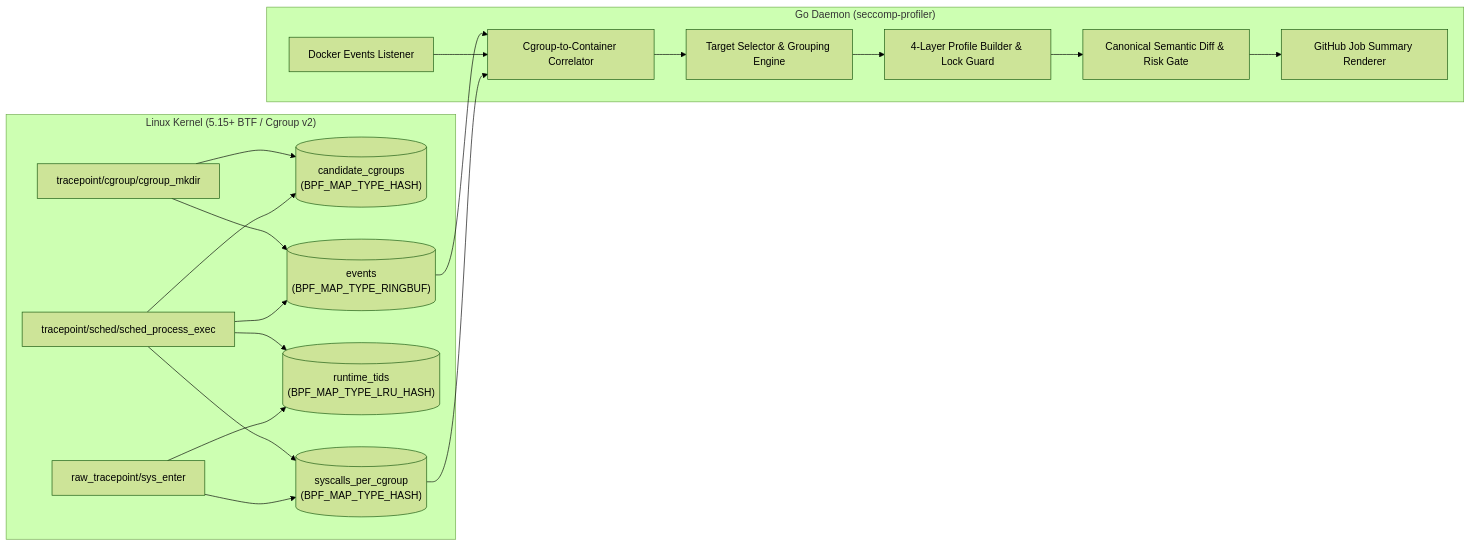
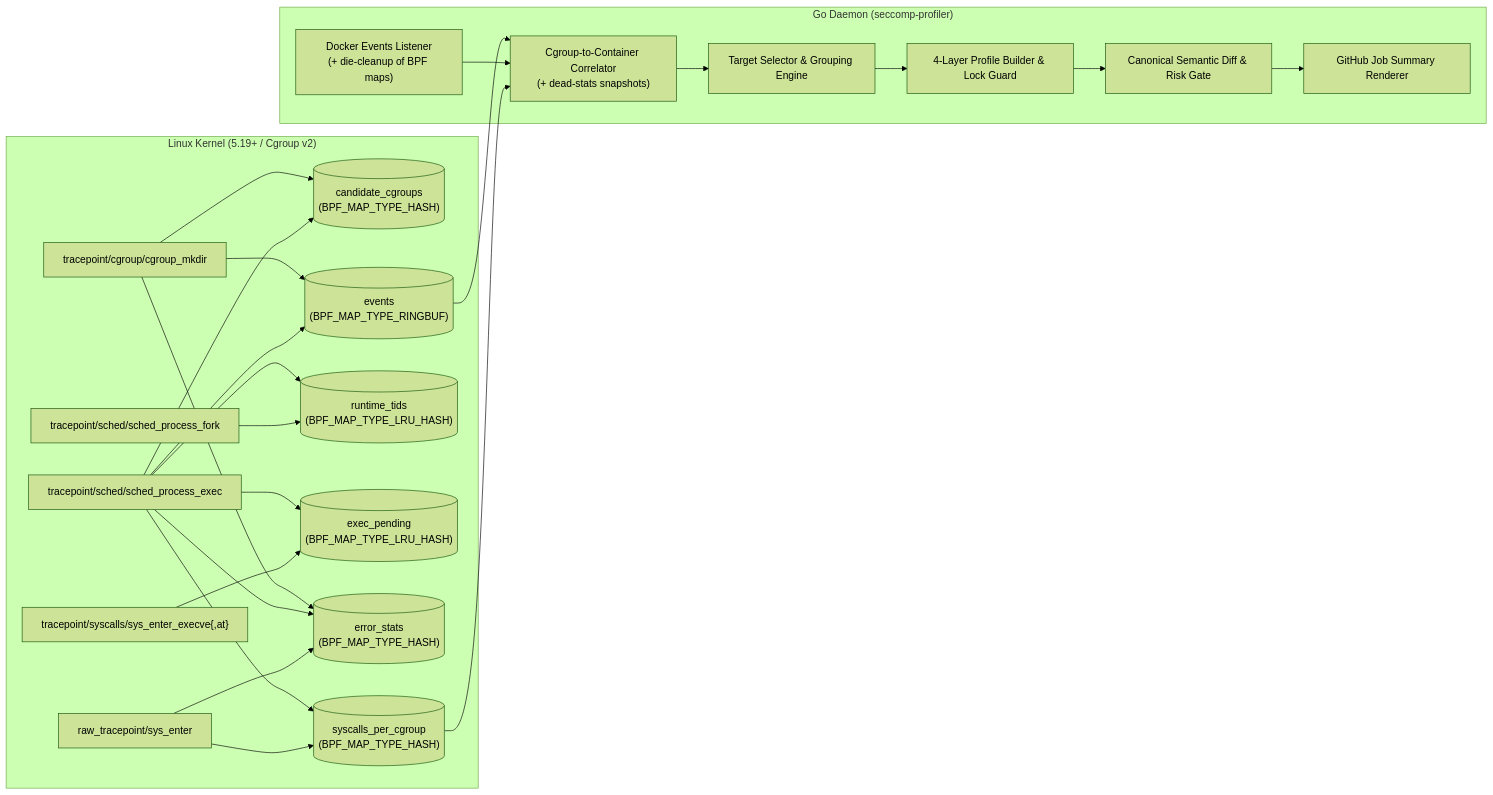
Before and after one commit to alexno10/seccomp-profiler: the diagram in docs/ARCHITECTURE.md, drawn with Mermaid (forest theme). The commit also changed other lines of this file and 4 other files, not shown here.

````diff
--- a/docs/ARCHITECTURE.md
+++ b/docs/ARCHITECTURE.md
@@ -11,34 +11,43 @@
 ```mermaid
 flowchart LR
-    subgraph Kernel["Linux Kernel (5.15+ BTF / Cgroup v2)"]
+    subgraph Kernel["Linux Kernel (5.19+ / Cgroup v2)"]
         T1["tracepoint/cgroup/cgroup_mkdir"]
         T2["tracepoint/sched/sched_process_exec"]
+        T4["tracepoint/sched/sched_process_fork"]
+        T5["tracepoint/syscalls/sys_enter_execve{,at}"]
         T3["raw_tracepoint/sys_enter"]
         M1[("candidate_cgroups\n(BPF_MAP_TYPE_HASH)")]
         M2[("syscalls_per_cgroup\n(BPF_MAP_TYPE_HASH)")]
         M3[("runtime_tids\n(BPF_MAP_TYPE_LRU_HASH)")]
+        M4[("exec_pending\n(BPF_MAP_TYPE_LRU_HASH)")]
+        M5[("error_stats\n(BPF_MAP_TYPE_HASH)")]
         RB[("events\n(BPF_MAP_TYPE_RINGBUF)")]
         T1 --> M1
+        T1 --> M5
         T1 --> RB
         T2 --> M1
         T2 --> M2
         T2 --> M3
+        T2 --> M4
+        T2 --> M5
         T2 --> RB
+        T4 --> M3
+        T5 --> M4
         T3 --> M2
-        T3 --> M3
+        T3 --> M5
     end
 
     subgraph Userspace["Go Daemon (seccomp-profiler)"]
-        DE["Docker Events Listener"]
-        COR["Cgroup-to-Container Correlator"]
+        DE["Docker Events Listener\n(+ die-cleanup of BPF maps)"]
+        COR["Cgroup-to-Container Correlator\n(+ dead-stats snapshots)"]
         SEL["Target Selector & Grouping Engine"]
         BLD["4-Layer Profile Builder & Lock Guard"]
         DIF["Canonical Semantic Diff & Risk Gate"]
         RPT["GitHub Job Summary Renderer"]
     end
 
     RB --> COR
     DE --> COR
     M2 --> COR
     COR --> SEL --> BLD --> DIF --> RPT
 ```
````
